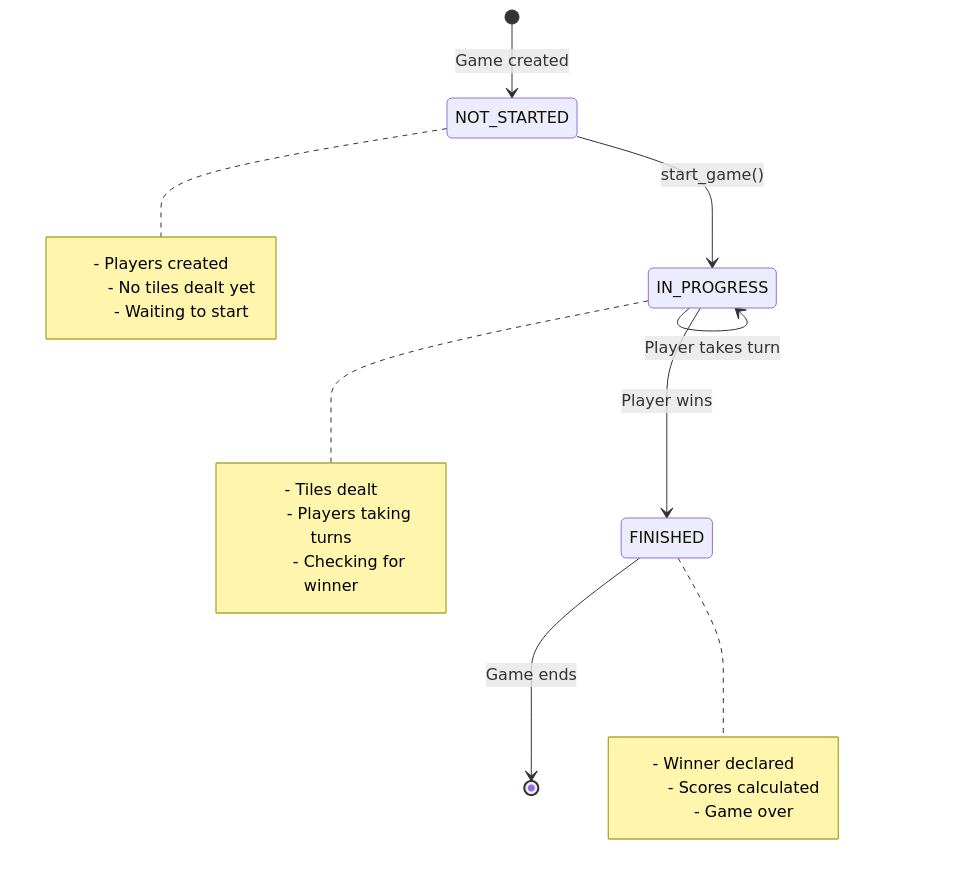
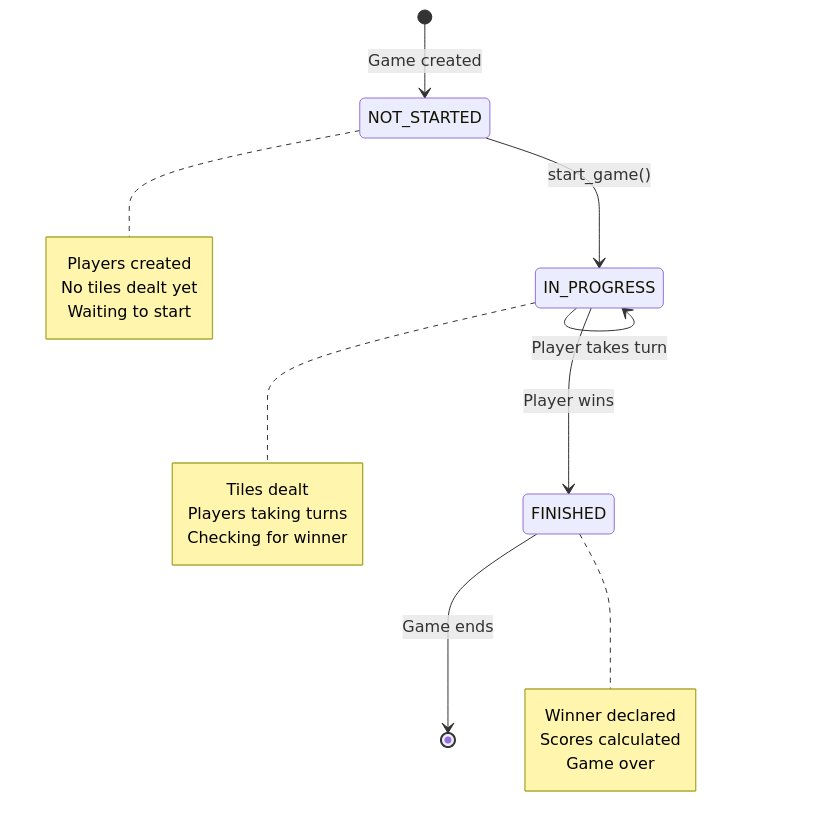
One commit to stevenfazzio/educational-rummikub changed the first of 2 diagrams in docs/game-mechanics/implementation.md. Above: the diagram before and after it, drawn with Mermaid.

Commit message:
Fix Mermaid diagram lists causing 'Unsupported markdown' errors
Remove markdown list syntax (-) from state diagram notes as GitHub's
Mermaid renderer doesn't support them.

🤖 Generated with [Claude Code](https://claude.ai/code)

````diff
--- a/docs/game-mechanics/implementation.md
+++ b/docs/game-mechanics/implementation.md
@@ -141,26 +141,26 @@
 ```mermaid
 stateDiagram-v2
     [*] --> NOT_STARTED: Game created
     NOT_STARTED --> IN_PROGRESS: start_game()
     IN_PROGRESS --> IN_PROGRESS: Player takes turn
     IN_PROGRESS --> FINISHED: Player wins
     FINISHED --> [*]: Game ends
     
     note right of NOT_STARTED
-        - Players created
-        - No tiles dealt yet
-        - Waiting to start
+        Players created
+        No tiles dealt yet
+        Waiting to start
     end note
     
     note right of IN_PROGRESS
-        - Tiles dealt
-        - Players taking turns
-        - Checking for winner
+        Tiles dealt
+        Players taking turns
+        Checking for winner
     end note
     
     note right of FINISHED
-        - Winner declared
-        - Scores calculated
-        - Game over
+        Winner declared
+        Scores calculated
+        Game over
     end note
 ```
````
